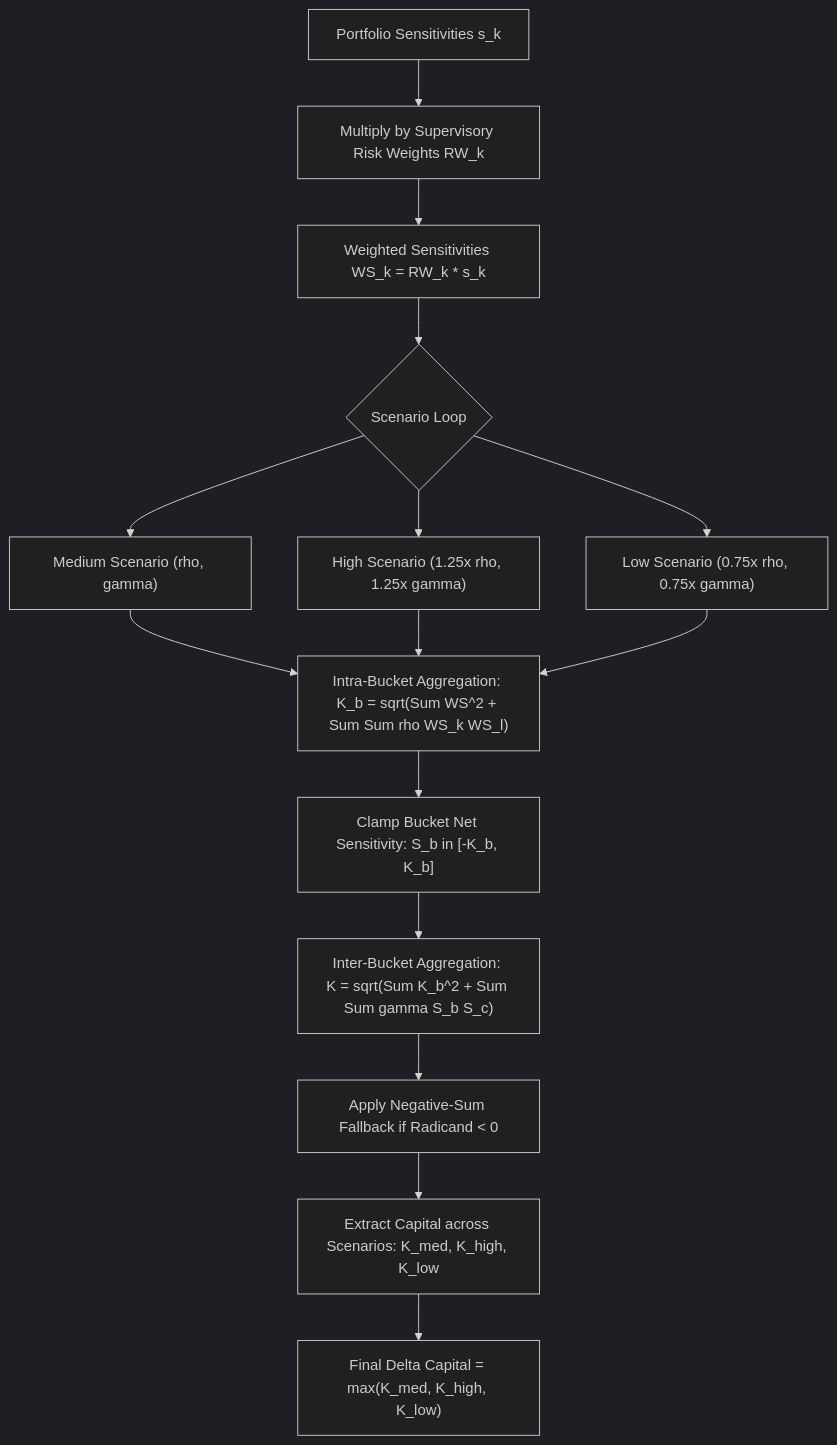
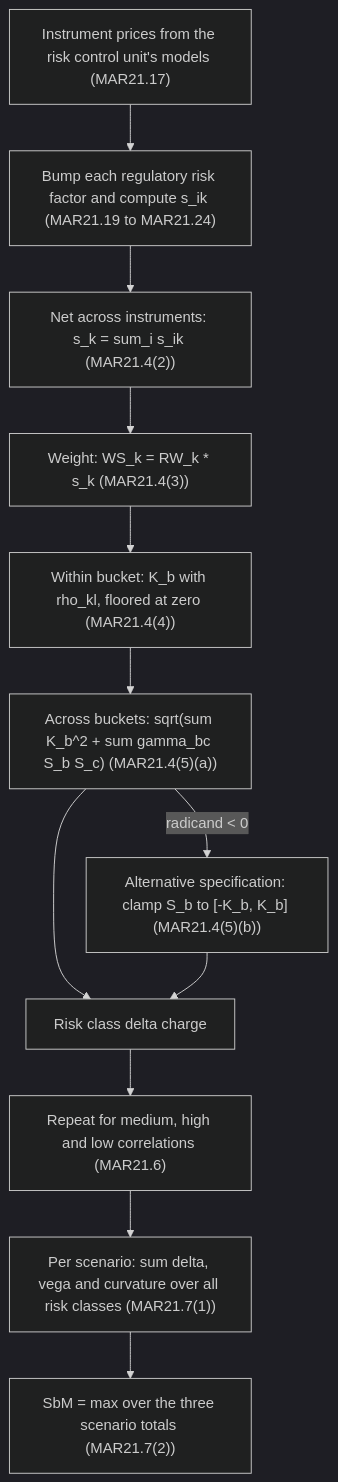
The first of 2 diagrams in 17-Regulatory-Capital-Basel-and-FRTB/07-FRTB-Sensitivities-Based-Method-Delta.md (shreejitverma/The-Quant-Prep), drawn with Mermaid (dark theme) before and after one commit. The commit also changed other lines of this file and 10 other files, not shown here.

````diff
--- a/17-Regulatory-Capital-Basel-and-FRTB/07-FRTB-Sensitivities-Based-Method-Delta.md
+++ b/17-Regulatory-Capital-Basel-and-FRTB/07-FRTB-Sensitivities-Based-Method-Delta.md
@@ -141,18 +60,14 @@
 ```mermaid
 flowchart TD
-    A["Portfolio Sensitivities s_k"] --> B["Multiply by Supervisory Risk Weights RW_k"]
-    B --> C["Weighted Sensitivities WS_k = RW_k * s_k"]
-    
-    C --> D{"Scenario Loop"}
-    D --> E["Medium Scenario (rho, gamma)"]
-    D --> F["High Scenario (1.25x rho, 1.25x gamma)"]
-    D --> G["Low Scenario (0.75x rho, 0.75x gamma)"]
-    
-    E & F & G --> H["Intra-Bucket Aggregation: K_b = sqrt(Sum WS^2 + Sum Sum rho WS_k WS_l)"]
-    H --> I["Clamp Bucket Net Sensitivity: S_b in [-K_b, K_b]"]
-    I --> J["Inter-Bucket Aggregation: K = sqrt(Sum K_b^2 + Sum Sum gamma S_b S_c)"]
-    J --> K["Apply Negative-Sum Fallback if Radicand < 0"]
-    
-    K --> L["Extract Capital across Scenarios: K_med, K_high, K_low"]
-    L --> M["Final Delta Capital = max(K_med, K_high, K_low)"]
+    A["Instrument prices from the risk control unit's models (MAR21.17)"] --> B["Bump each regulatory risk factor and compute s_ik (MAR21.19 to MAR21.24)"]
+    B --> C["Net across instruments: s_k = sum_i s_ik (MAR21.4(2))"]
+    C --> D["Weight: WS_k = RW_k * s_k (MAR21.4(3))"]
+    D --> E["Within bucket: K_b with rho_kl, floored at zero (MAR21.4(4))"]
+    E --> F["Across buckets: sqrt(sum K_b^2 + sum gamma_bc S_b S_c) (MAR21.4(5)(a))"]
+    F -->|"radicand < 0"| G["Alternative specification: clamp S_b to [-K_b, K_b] (MAR21.4(5)(b))"]
+    F --> H["Risk class delta charge"]
+    G --> H
+    H --> I["Repeat for medium, high and low correlations (MAR21.6)"]
+    I --> J["Per scenario: sum delta, vega and curvature over all risk classes (MAR21.7(1))"]
+    J --> K["SbM = max over the three scenario totals (MAR21.7(2))"]
 ```
````
